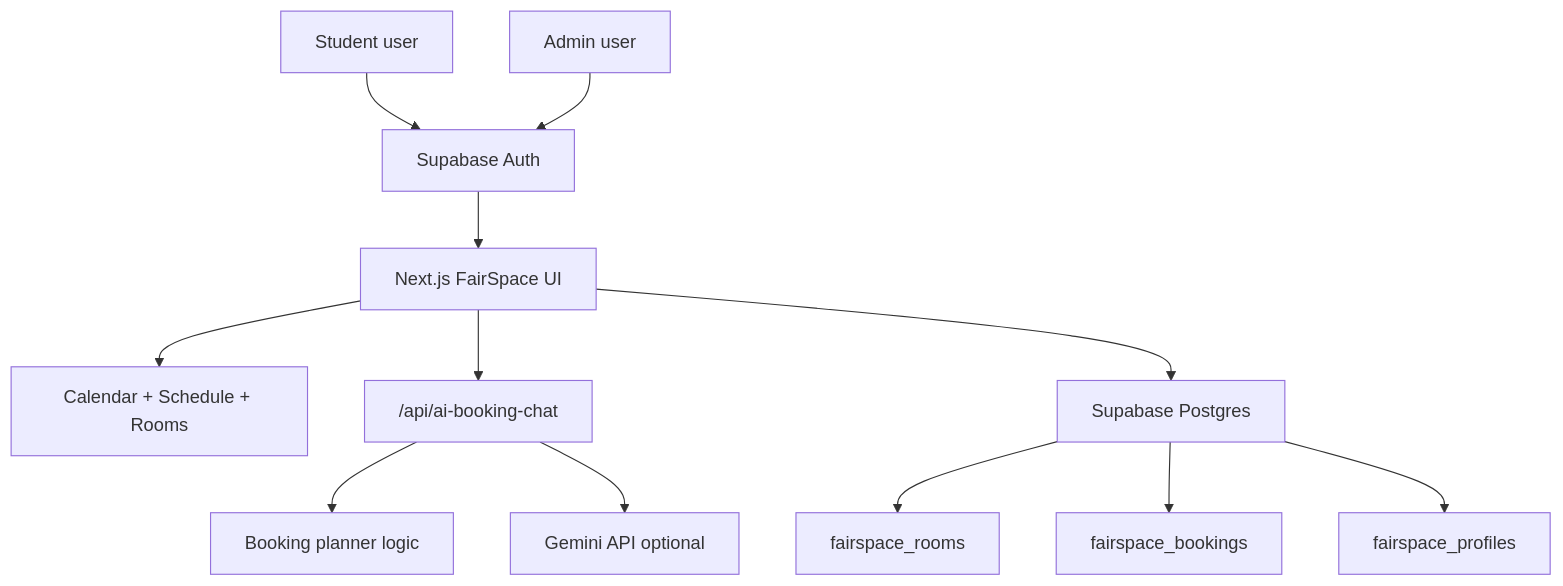
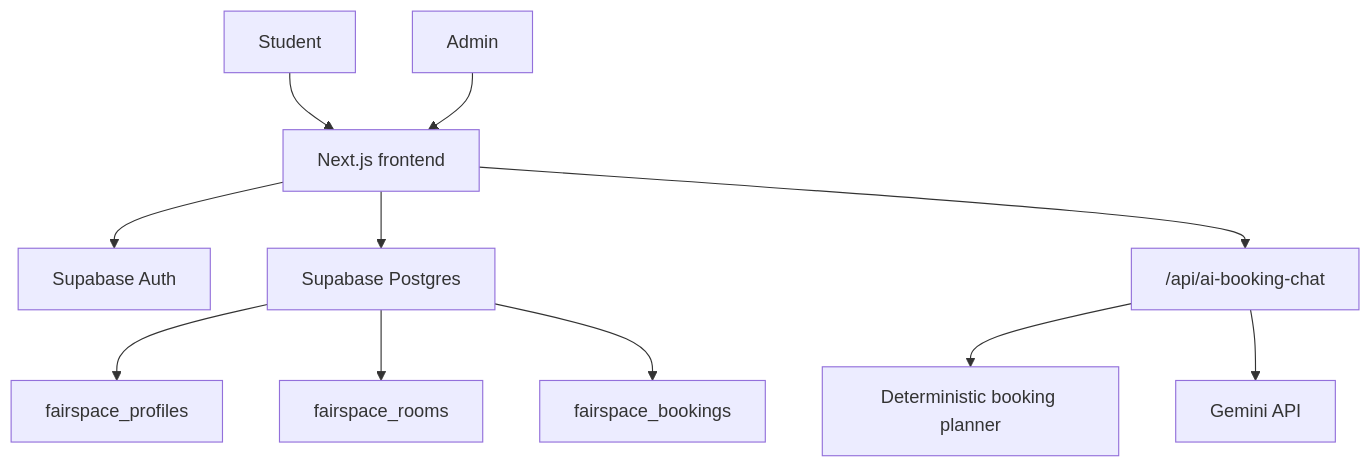
Before and after one commit to CYJienn/Fairspace-Simple-Booking-System: the diagram in README.md, drawn with Mermaid. The commit also changed other lines of this file and 1 other file, not shown here.

````diff
--- a/README.md
+++ b/README.md
@@ -70,14 +65,13 @@
 ```mermaid
 flowchart TD
-  Student["Student user"] --> Auth["Supabase Auth"]
-  Admin["Admin user"] --> Auth
-  Auth --> App["Next.js FairSpace UI"]
-  App --> Calendar["Calendar + Schedule + Rooms"]
-  App --> API["/api/ai-booking-chat"]
-  API --> Planner["Booking planner logic"]
-  API --> Gemini["Gemini API optional"]
-  App --> DB["Supabase Postgres"]
-  DB --> Rooms["fairspace_rooms"]
-  DB --> Bookings["fairspace_bookings"]
-  DB --> Profiles["fairspace_profiles"]
+  Student["Student"] --> WebApp["Next.js frontend"]
+  Admin["Admin"] --> WebApp
+  WebApp --> SupabaseAuth["Supabase Auth"]
+  WebApp --> SupabaseDB["Supabase Postgres"]
+  WebApp --> AIRoute["/api/ai-booking-chat"]
+  AIRoute --> Planner["Deterministic booking planner"]
+  AIRoute --> Gemini["Gemini API"]
+  SupabaseDB --> Profiles["fairspace_profiles"]
+  SupabaseDB --> Rooms["fairspace_rooms"]
+  SupabaseDB --> Bookings["fairspace_bookings"]
 ```
````
